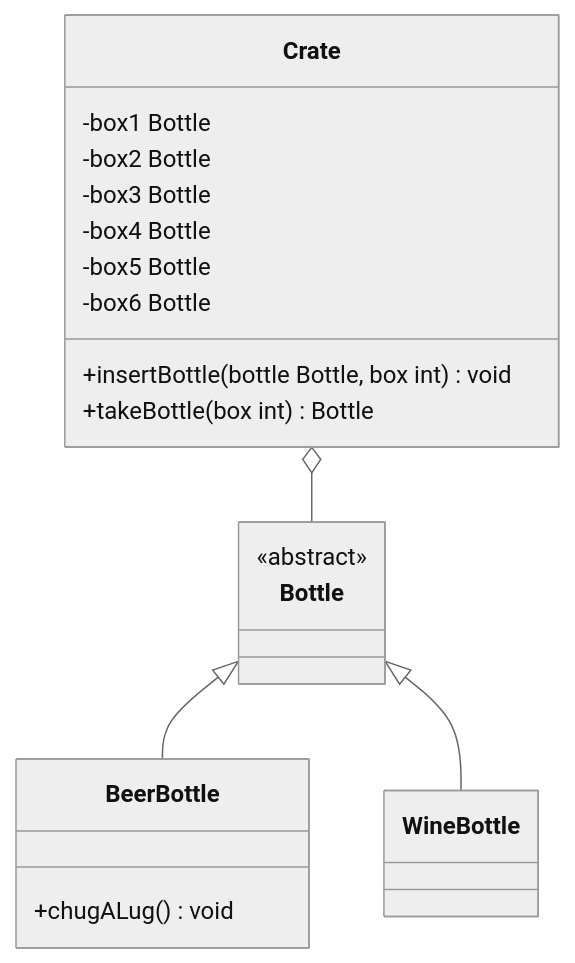
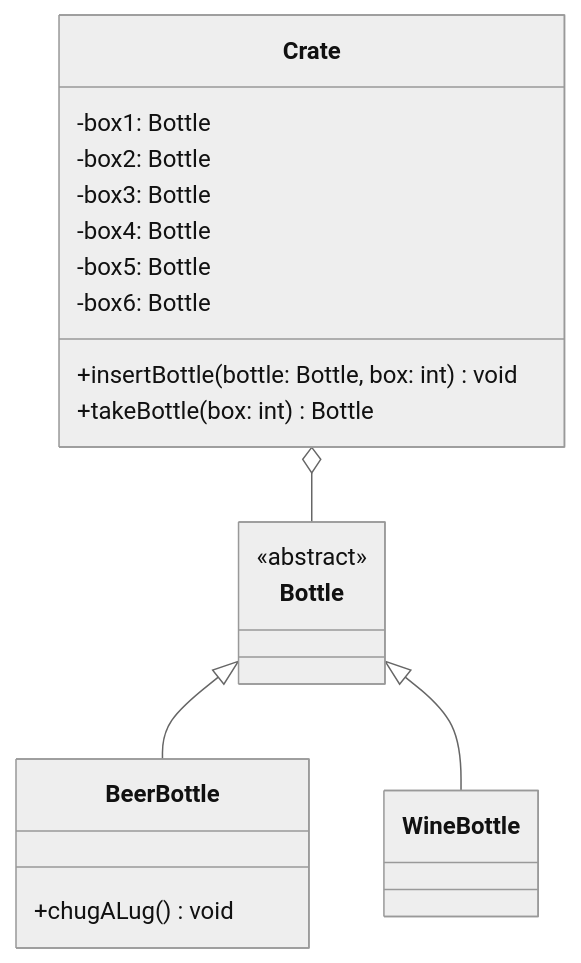
One commit to jappuccini/java-docs changed the diagram in docs/exercises/generics/generics01.mdx. Above: the diagram before and after it, drawn with Mermaid (neutral theme). The commit also changed other lines of this file and 76 other files, not shown here.

Commit message:
uml fixes (colons, properties), headline fixes (italic) and exam result updates

````diff
--- a/docs/exercises/generics/generics01.mdx
+++ b/docs/exercises/generics/generics01.mdx
@@ -15,29 +15,29 @@
 ```mermaid
 classDiagram
     Bottle <|-- BeerBottle
     Bottle <|-- WineBottle
     Crate o-- Bottle
 
     class Crate {
-        -box1 Bottle
-        -box2 Bottle
-        -box3 Bottle
-        -box4 Bottle
-        -box5 Bottle
-        -box6 Bottle
-        +insertBottle(bottle Bottle, box int) void
-        +takeBottle(box int) Bottle
+        -box1: Bottle
+        -box2: Bottle
+        -box3: Bottle
+        -box4: Bottle
+        -box5: Bottle
+        -box6: Bottle
+        +insertBottle(bottle: Bottle, box: int) void
+        +takeBottle(box: int) Bottle
     }
 
     class Bottle {
         <<abstract>>
     }
 
     class BeerBottle {
         +chugALug() void
     }
 
     class WineBottle {
 
     }
 ```
````
